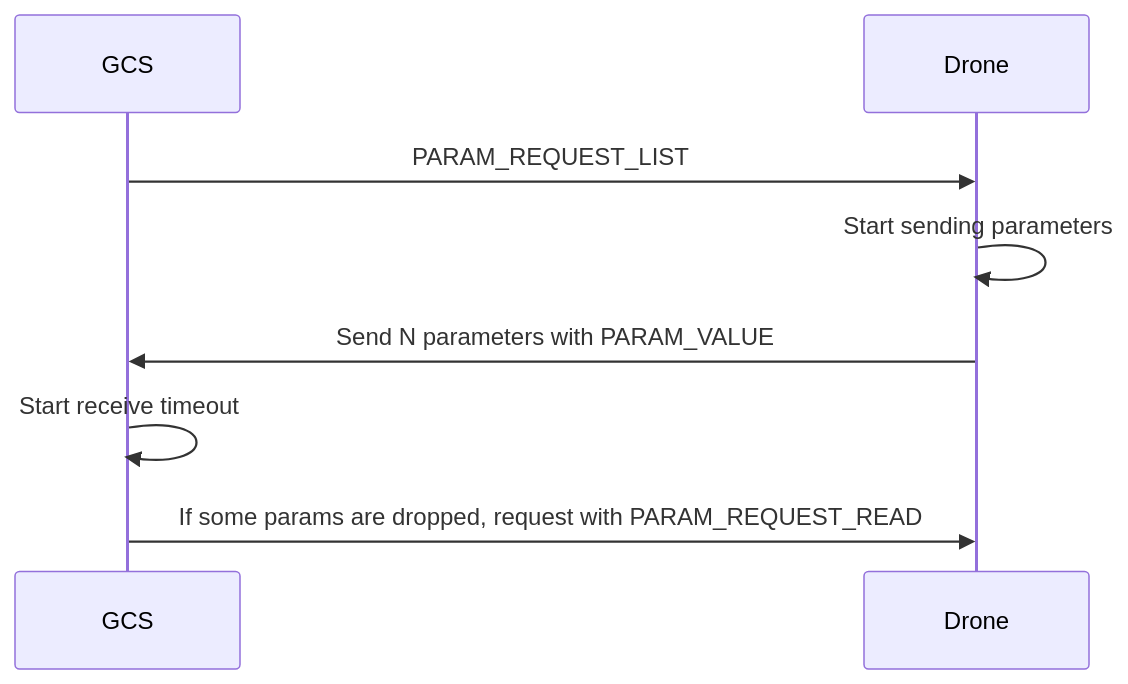
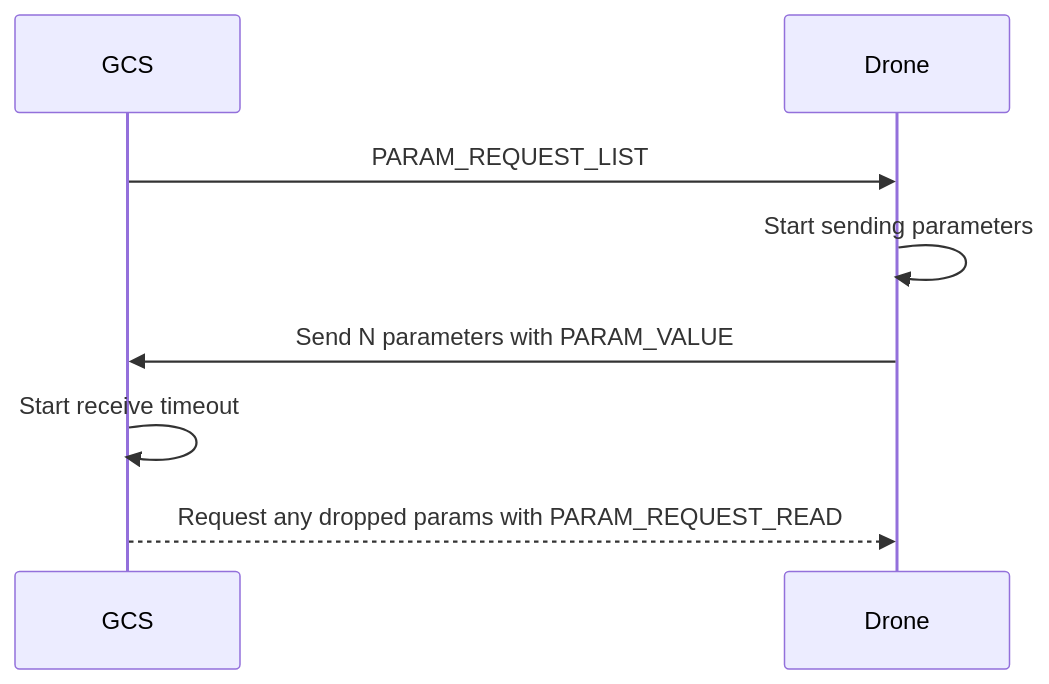
The first of 3 diagrams in en/services/parameter.md (mavlink/mavlink-devguide), drawn with Mermaid before and after one commit. The commit also changed other lines of this file, not shown here.

Commit message:
Update parametr read/write operation sections

```diff
--- a/en/services/parameter.md
+++ b/en/services/parameter.md
@@ -74,10 +79,10 @@
 {% mermaid %}
 sequenceDiagram;
     participant GCS
     participant Drone
     GCS->>Drone: PARAM_REQUEST_LIST
     Drone->>Drone: Start sending parameters 
     Drone->>GCS: Send N parameters with PARAM_VALUE
     GCS->>GCS: Start receive timeout
-    GCS->>Drone: If some params are dropped, request with PARAM_REQUEST_READ
+    GCS-->>Drone: Request any dropped params with PARAM_REQUEST_READ
 {% endmermaid %}
```
